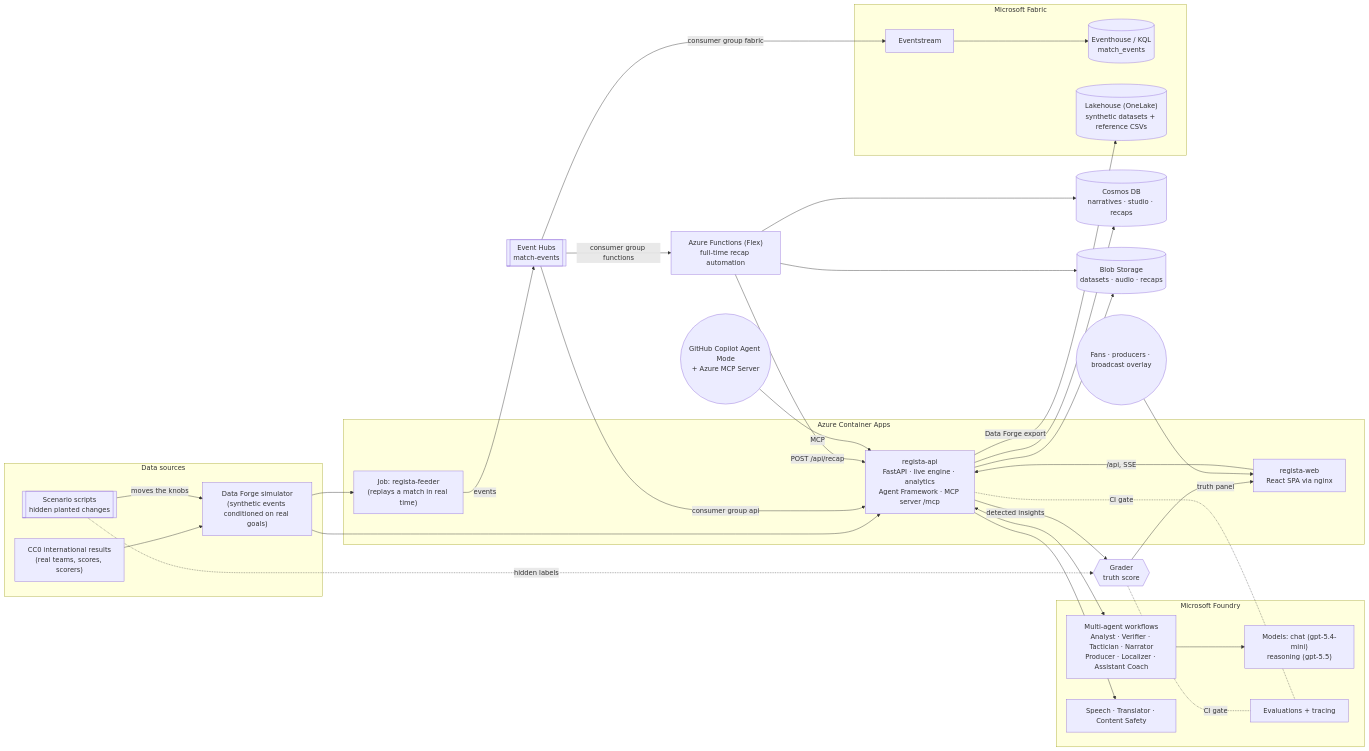
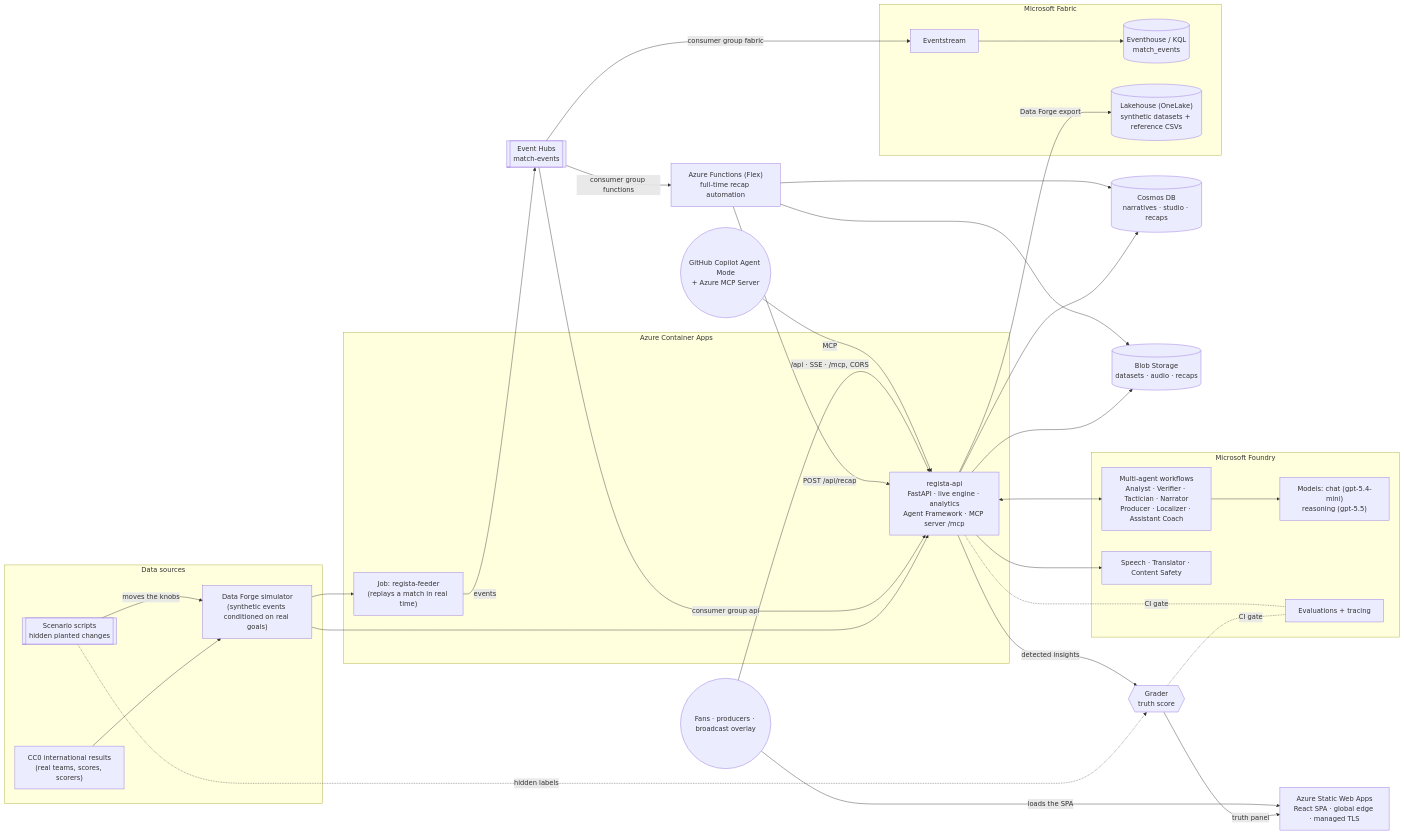
Before and after one commit to durjanh/regista: the diagram in docs/ARCHITECTURE.md, drawn with Mermaid. The commit also changed other lines of this file and 60 other files, not shown here.

Commit message:
changed frontend from the container app to azure static web app

````diff
--- a/docs/ARCHITECTURE.md
+++ b/docs/ARCHITECTURE.md
@@ -11,57 +11,58 @@
 ```mermaid
 flowchart LR
   subgraph Data["Data sources"]
     REF["CC0 international results<br/>(real teams, scores, scorers)"]
     SIM["Data Forge simulator<br/>(synthetic events conditioned on real goals)"]
     PLANT[["Scenario scripts<br/>hidden planted changes"]]
   end
 
   subgraph ACA["Azure Container Apps"]
     FEED["Job: regista-feeder<br/>(replays a match in real time)"]
     API["regista-api<br/>FastAPI · live engine · analytics<br/>Agent Framework · MCP server /mcp"]
-    WEB["regista-web<br/>React SPA via nginx"]
   end
+
+  WEB["Azure Static Web Apps<br/>React SPA · global edge · managed TLS"]
 
   subgraph Foundry["Microsoft Foundry"]
     MODELS["Models: chat (gpt-5.4-mini)<br/>reasoning (gpt-5.5)"]
     AGENTS["Multi-agent workflows<br/>Analyst · Verifier · Tactician · Narrator<br/>Producer · Localizer · Assistant Coach"]
     EVALS["Evaluations + tracing"]
     AISVC["Speech · Translator · Content Safety"]
   end
 
   GRADER{{"Grader<br/>truth score"}}
   EH[["Event Hubs<br/>match-events"]]
   COSMOS[("Cosmos DB<br/>narratives · studio · recaps")]
   BLOB[("Blob Storage<br/>datasets · audio · recaps")]
   FUNC["Azure Functions (Flex)<br/>full-time recap automation"]
 
   subgraph Fabric["Microsoft Fabric"]
     ES["Eventstream"]
     KQL[("Eventhouse / KQL<br/>match_events")]
     LH[("Lakehouse (OneLake)<br/>synthetic datasets + reference CSVs")]
   end
 
   REF --> SIM --> API
   PLANT -->|moves the knobs| SIM
   PLANT -. hidden labels .-> GRADER
   API -->|detected insights| GRADER
   GRADER -->|truth panel| WEB
   SIM --> FEED -->|events| EH
   EH -->|consumer group api| API
   EH -->|consumer group functions| FUNC
   EH -->|consumer group fabric| ES --> KQL
   API <--> AGENTS
   AGENTS --> MODELS
   API --> AISVC
   API --> COSMOS
   API --> BLOB
   API -->|Data Forge export| LH
   FUNC -->|POST /api/recap| API
   FUNC --> COSMOS
   FUNC --> BLOB
-  WEB -->|/api, SSE| API
-  USERS(("Fans · producers · broadcast overlay")) --> WEB
+  USERS(("Fans · producers · broadcast overlay")) -->|loads the SPA| WEB
+  USERS -->|/api · SSE · /mcp, CORS| API
   COPILOT(("GitHub Copilot Agent Mode<br/>+ Azure MCP Server")) -->|MCP| API
   EVALS -. CI gate .- API
   GRADER -. CI gate .- EVALS
 ```
````
